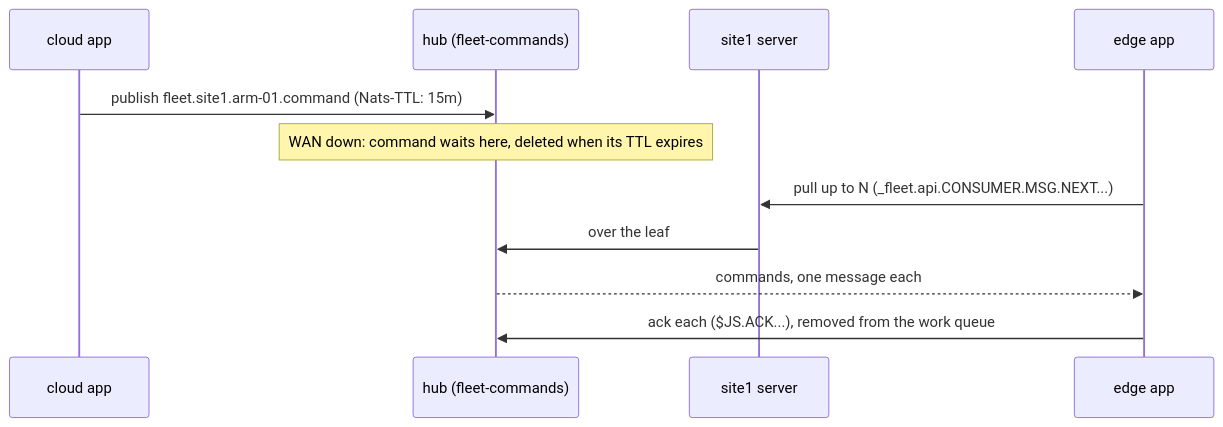
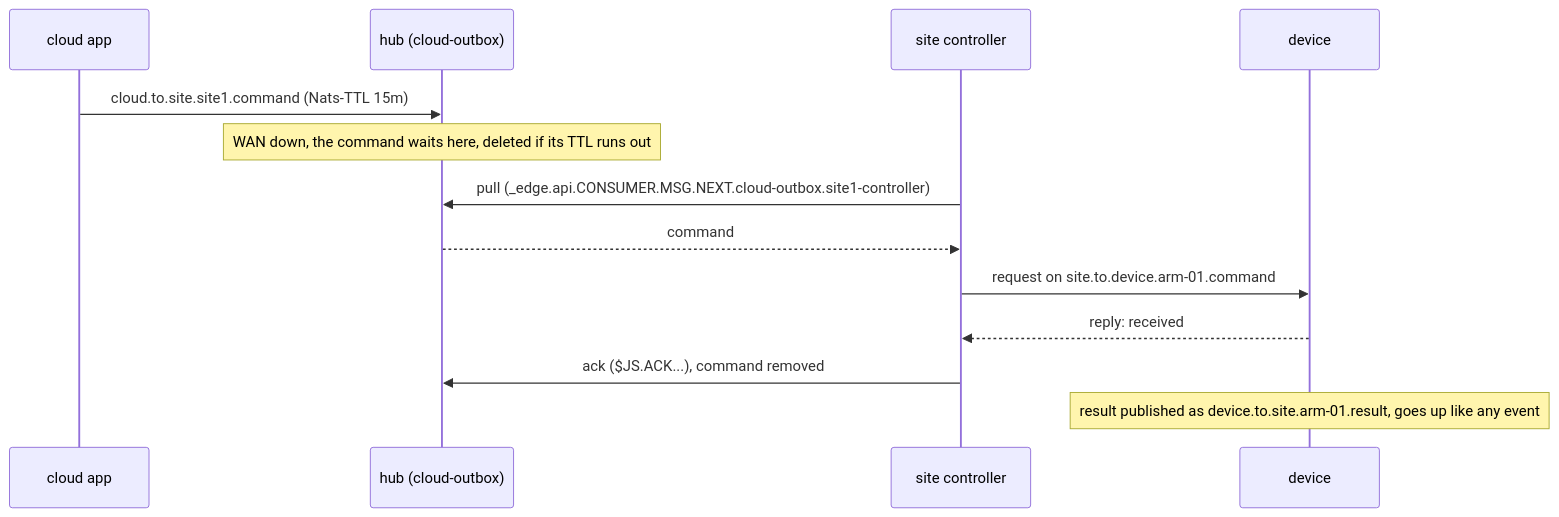
One commit to jinternals/nats-demo changed the third of 3 diagrams in docs/guide.md. Above: the diagram before and after it, drawn with Mermaid. The commit also changed other lines of this file and 22 other files, not shown here.

````diff
--- a/docs/guide.md
+++ b/docs/guide.md
@@ -120,13 +86,15 @@
 ```mermaid
 sequenceDiagram
   participant C as cloud app
-  participant H as hub (fleet-commands)
-  participant S as site1 server
-  participant E as edge app
-  C->>H: publish fleet.site1.arm-01.command (Nats-TTL: 15m)
-  Note over H: WAN down: command waits here, deleted when its TTL expires
-  E->>S: pull up to N (_fleet.api.CONSUMER.MSG.NEXT...)
-  S->>H: over the leaf
-  H-->>E: commands, one message each
-  E->>H: ack each ($JS.ACK...), removed from the work queue
+  participant H as hub (cloud-outbox)
+  participant K as site controller
+  participant D as device
+  C->>H: cloud.to.site.site1.command (Nats-TTL 15m)
+  Note over H: WAN down, the command waits here, deleted if its TTL runs out
+  K->>H: pull (_edge.api.CONSUMER.MSG.NEXT.cloud-outbox.site1-controller)
+  H-->>K: command
+  K->>D: request on site.to.device.arm-01.command
+  D-->>K: reply: received
+  K->>H: ack ($JS.ACK...), command removed
+  Note over D: result published as device.to.site.arm-01.result, goes up like any event
 ```
````
